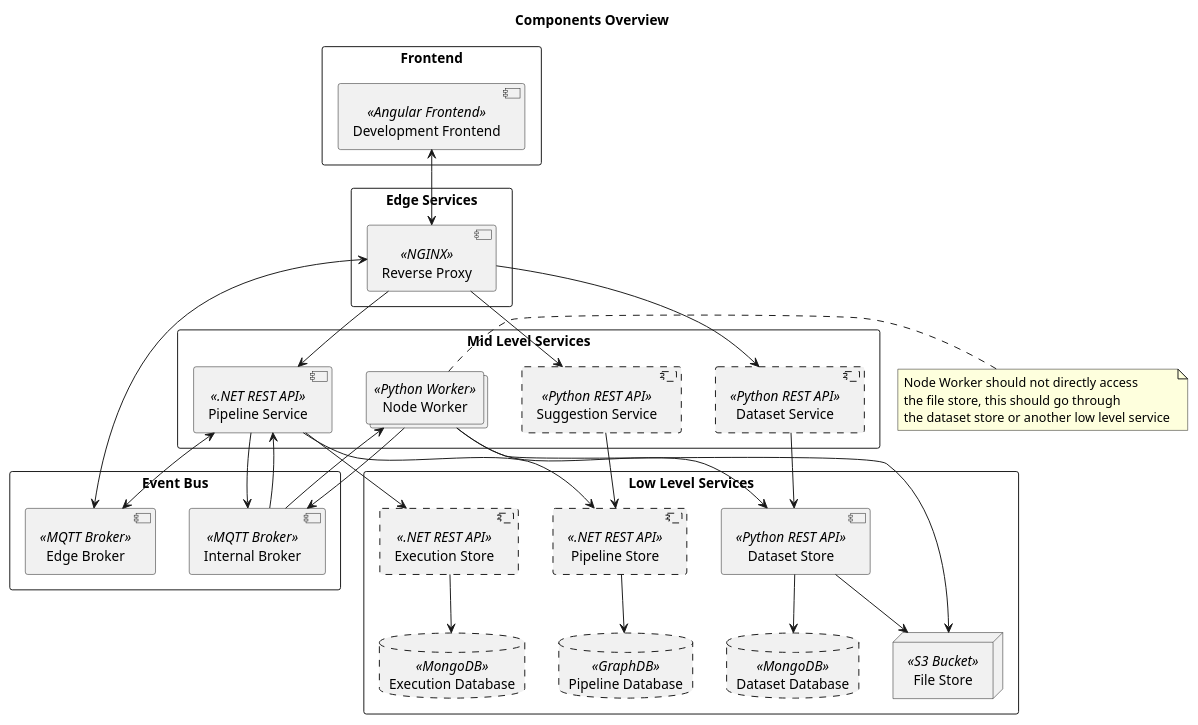
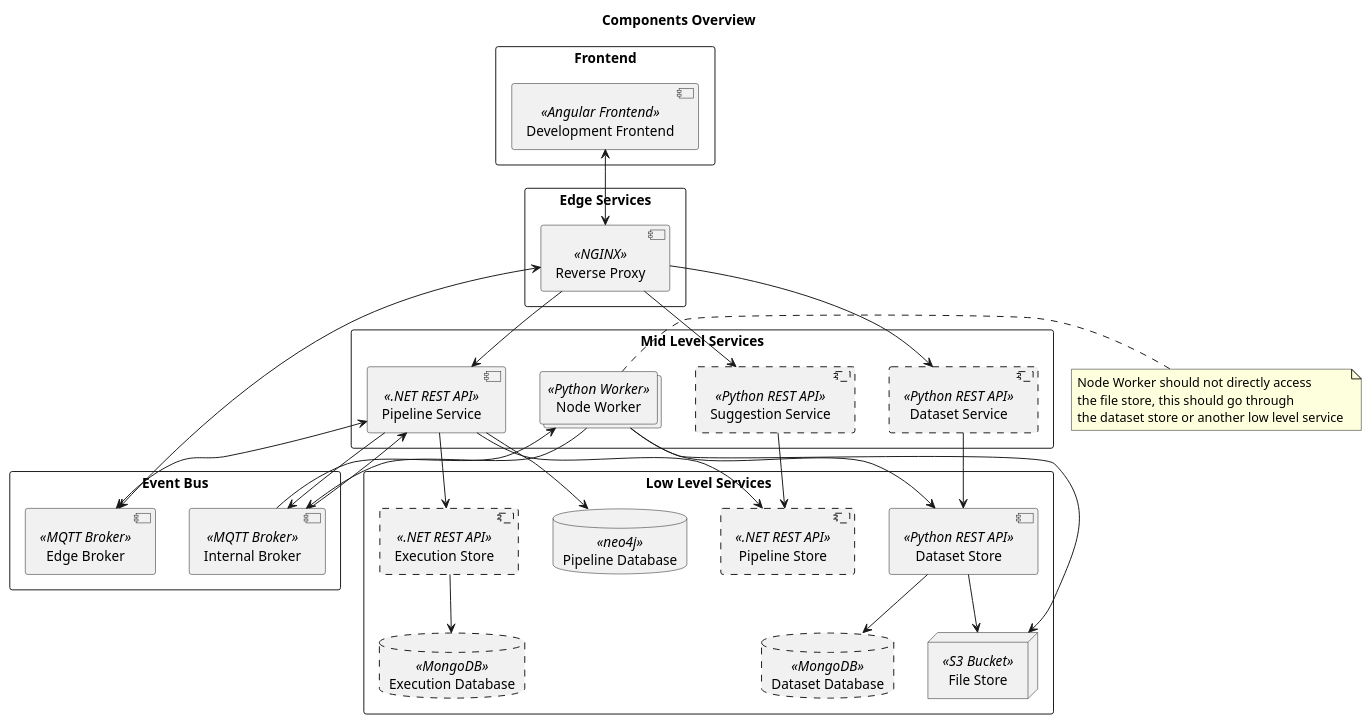
One commit to project-hanse/prototype-a changed the diagram in docs/architecture/overview.puml. Above: the diagram before and after it, drawn with PlantUML. The commit also changed 11 other files, not shown here.

First line of the commit message:
feat(persistence): add neo4j database to dev environment and healthcheck for connection to db

```diff
--- a/docs/architecture/overview.puml
+++ b/docs/architecture/overview.puml
@@ -1,89 +1,89 @@
 @startuml
 'https://plantuml.com/deployment-diagram
 
 title "Components Overview"
 
 'Definitions'
 
 rectangle "Frontend" {
     component "Development Frontend" << Angular Frontend >> as development_frontend
 }
 
 rectangle "Edge Services" {
     component "Reverse Proxy" << NGINX >> as reverse_proxy
 }
 
 rectangle "Event Bus"{
     component "Edge Broker" << MQTT Broker >> as message_broker_edge
     component "Internal Broker" << MQTT Broker >> as message_broker_internal
 }
 
 rectangle "Mid Level Services" {
     component "Pipeline Service" << .NET REST API >> as pipeline_service
     collections  "Node Worker" <<Python Worker>> as worker
     component #line.dashed "Suggestion Service" << Python REST API >> as suggestion_service
     component #line.dashed "Dataset Service" << Python REST API >> as dataset_service
 }
 
 rectangle "Low Level Services" {
     component #line.dashed "Pipeline Store" << .NET REST API >> as pipeline_store
-    database #line.dashed "Pipeline Database" << GraphDB >> as pipeline_db
+    database "Pipeline Database" << neo4j >> as pipeline_db
     
     component #line.dashed "Execution Store" << .NET REST API >> as execution_store
     database #line.dashed "Execution Database" << MongoDB >> as execution_db
     
     component "Dataset Store" << Python REST API >> as dataset_store
     node "File Store" << S3 Bucket >> as file_store
     database #line.dashed "Dataset Database" << MongoDB >> as dataset_db
     
     /'
     component #line.dashed "Operation Store" << Python REST API >> as operation_store
     database #line.dashed "Operation Database" << MongoDB >> as operation_db
 
     component #line.dashed "Event Logging" << Logstash? >> as event_logging
     database #line.dashed "Event Database" << Elasticsearch >> as event_db    
     '/
 }
 
 'Interaction'
 
 development_frontend <--> reverse_proxy
 
 reverse_proxy --> pipeline_service 
 reverse_proxy --> suggestion_service
 reverse_proxy --> dataset_service
 reverse_proxy <--> message_broker_edge
 
 
-pipeline_store --> pipeline_db
+pipeline_service --> pipeline_db
 dataset_store --> dataset_db
 dataset_store --> file_store
 execution_store --> execution_db 
 
 /'
 operation_store --> operation_db
 event_logging --> event_db
 '/
 
 pipeline_service --> message_broker_internal
 message_broker_internal --> worker 
 pipeline_service <-- message_broker_internal
 message_broker_internal <-- worker 
 
 'message_broker --> event_logging
 
 worker --> dataset_store
 note right of worker 
     Node Worker should not directly access 
     the file store, this should go through 
     the dataset store or another low level service 
 end note    
 worker --> file_store
 'worker -->operation_store
 suggestion_service --> pipeline_store
 pipeline_service --> execution_store
 pipeline_service --> pipeline_store
 dataset_service --> dataset_store
 
 pipeline_service <--> message_broker_edge
 @enduml
```
